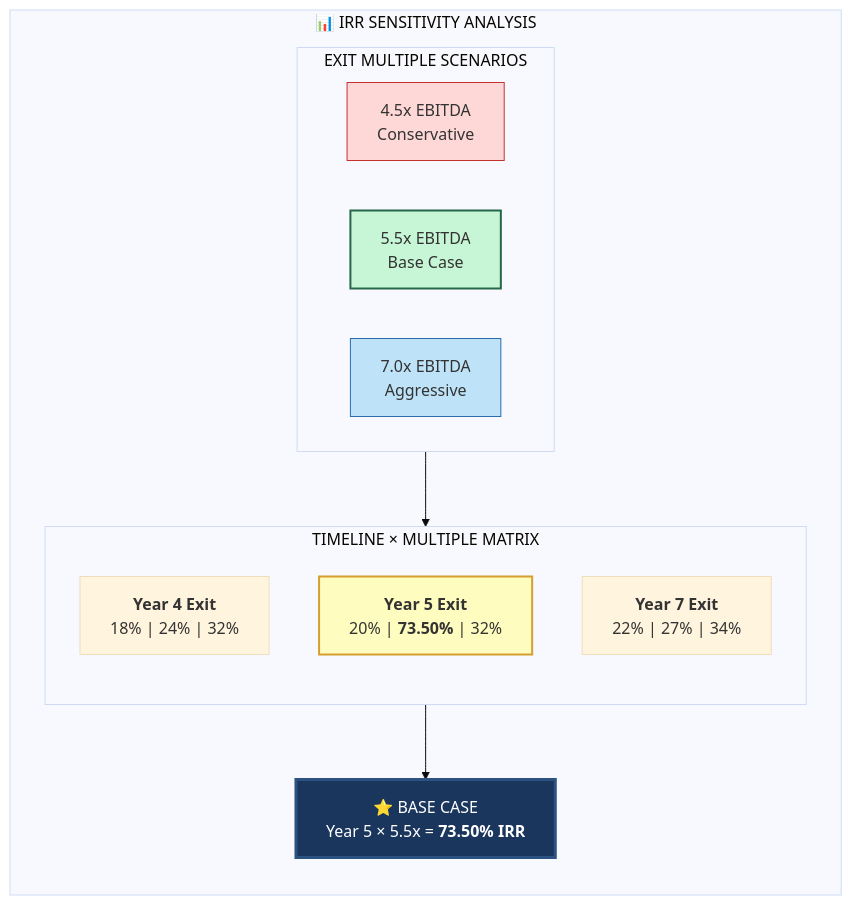
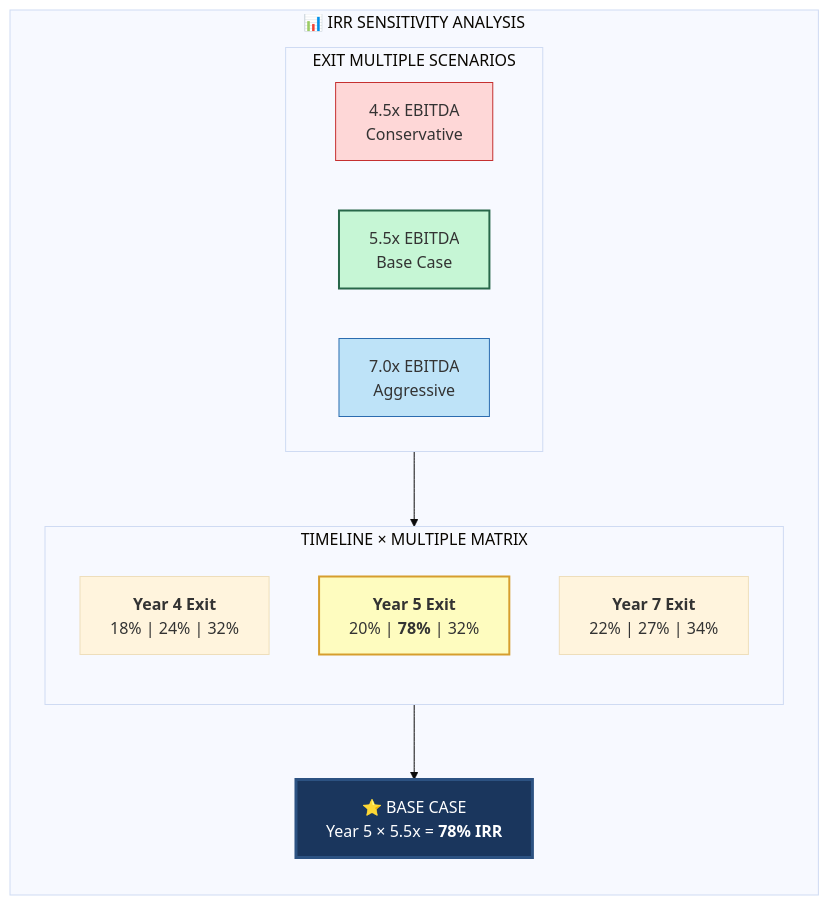
One commit to Light-Brands/epic-center changed diagram 21 of 41 in docs/pitch-packet/AI_VALUATION_REPORT_VISUAL.md. Above: the diagram before and after it, drawn with Mermaid. The commit also changed other lines of this file and 27 other files, not shown here.

````diff
--- a/docs/pitch-packet/AI_VALUATION_REPORT_VISUAL.md
+++ b/docs/pitch-packet/AI_VALUATION_REPORT_VISUAL.md
@@ -972,32 +972,32 @@
 ```mermaid
 %%{init: {'theme': 'base'}}%%
 flowchart TB
     subgraph SENSITIVITY["📊 IRR SENSITIVITY ANALYSIS"]
         direction TB
 
         subgraph EXITS["EXIT MULTIPLE SCENARIOS"]
             direction LR
             E45["4.5x EBITDA<br/>Conservative"]
             E55["5.5x EBITDA<br/>Base Case"]
             E70["7.0x EBITDA<br/>Aggressive"]
         end
 
         subgraph MATRIX["TIMELINE × MULTIPLE MATRIX"]
             direction TB
             Y4["<b>Year 4 Exit</b><br/>18% | 24% | 32%"]
-            Y5["<b>Year 5 Exit</b><br/>20% | <b>73.50%</b> | 32%"]
+            Y5["<b>Year 5 Exit</b><br/>20% | <b>78%</b> | 32%"]
             Y7["<b>Year 7 Exit</b><br/>22% | 27% | 34%"]
         end
 
-        BASE["⭐ BASE CASE<br/>Year 5 × 5.5x = <b>73.50% IRR</b>"]
+        BASE["⭐ BASE CASE<br/>Year 5 × 5.5x = <b>78% IRR</b>"]
 
         EXITS --> MATRIX
         MATRIX --> BASE
     end
 
     style E45 fill:#fed7d7,stroke:#c53030
     style E55 fill:#c6f6d5,stroke:#276749,stroke-width:2px
     style E70 fill:#bee3f8,stroke:#2b6cb0
     style Y5 fill:#fefcbf,stroke:#d69e2e,stroke-width:2px
     style BASE fill:#1a365d,stroke:#2c5282,stroke-width:3px,color:#fff
 ```
````
